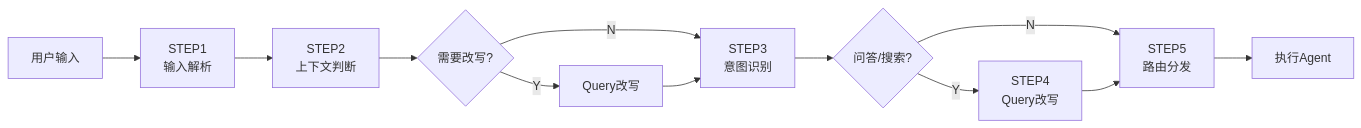
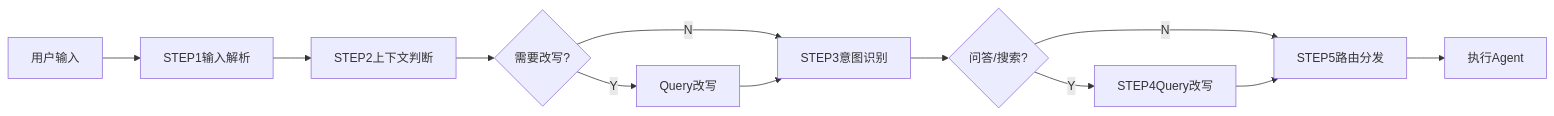
Before and after one commit to kcenter-ai/kcenter_blog: the second of 11 diagrams in source/_posts/知识助手技术原理.md, drawn with Mermaid. The commit also changed other lines of this file, not shown here.

First line of the commit message:
Fix: 修复 Mermaid 图表decision node显示问题

````diff
--- a/source/_posts/知识助手技术原理.md
+++ b/source/_posts/知识助手技术原理.md
@@ -87,14 +87,14 @@
 ```mermaid
 flowchart LR
-    A[用户输入] --> B[STEP1<br/>输入解析]
-    B --> C[STEP2<br/>上下文判断]
-    C --> D{需要改写?}
+    A[用户输入] --> B[STEP1输入解析]
+    B --> C[STEP2上下文判断]
+    C --> D{"需要改写?"}
     D -->|Y| E[Query改写]
-    D -->|N| F[STEP3<br/>意图识别]
+    D -->|N| F[STEP3意图识别]
     E --> F
-    F --> G{问答/搜索?}
-    G -->|Y| H[STEP4<br/>Query改写]
-    G -->|N| I[STEP5<br/>路由分发]
+    F --> G{"问答/搜索?"}
+    G -->|Y| H[STEP4Query改写]
+    G -->|N| I[STEP5路由分发]
     H --> I
     I --> J[执行Agent]
 ```
````
